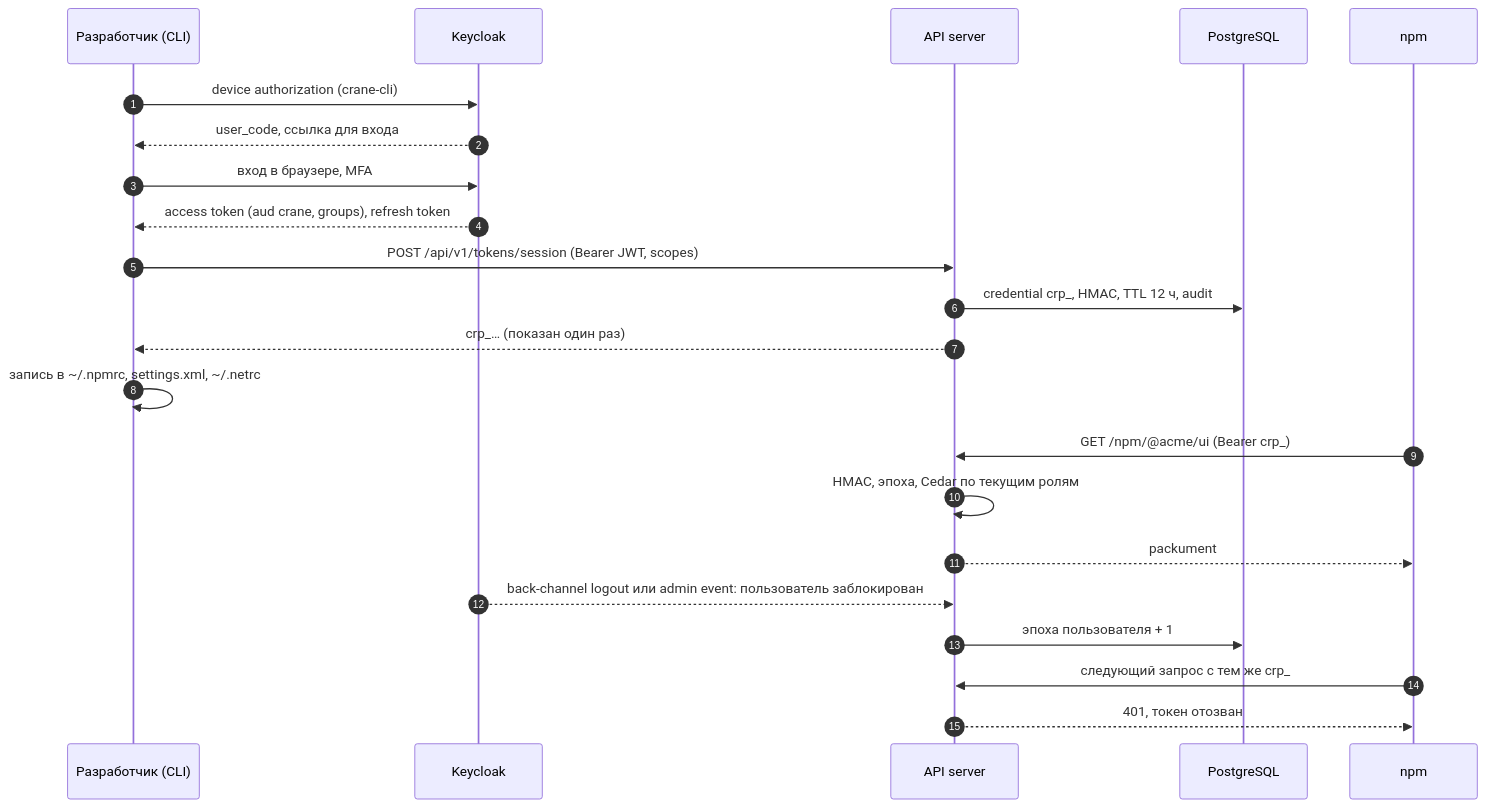
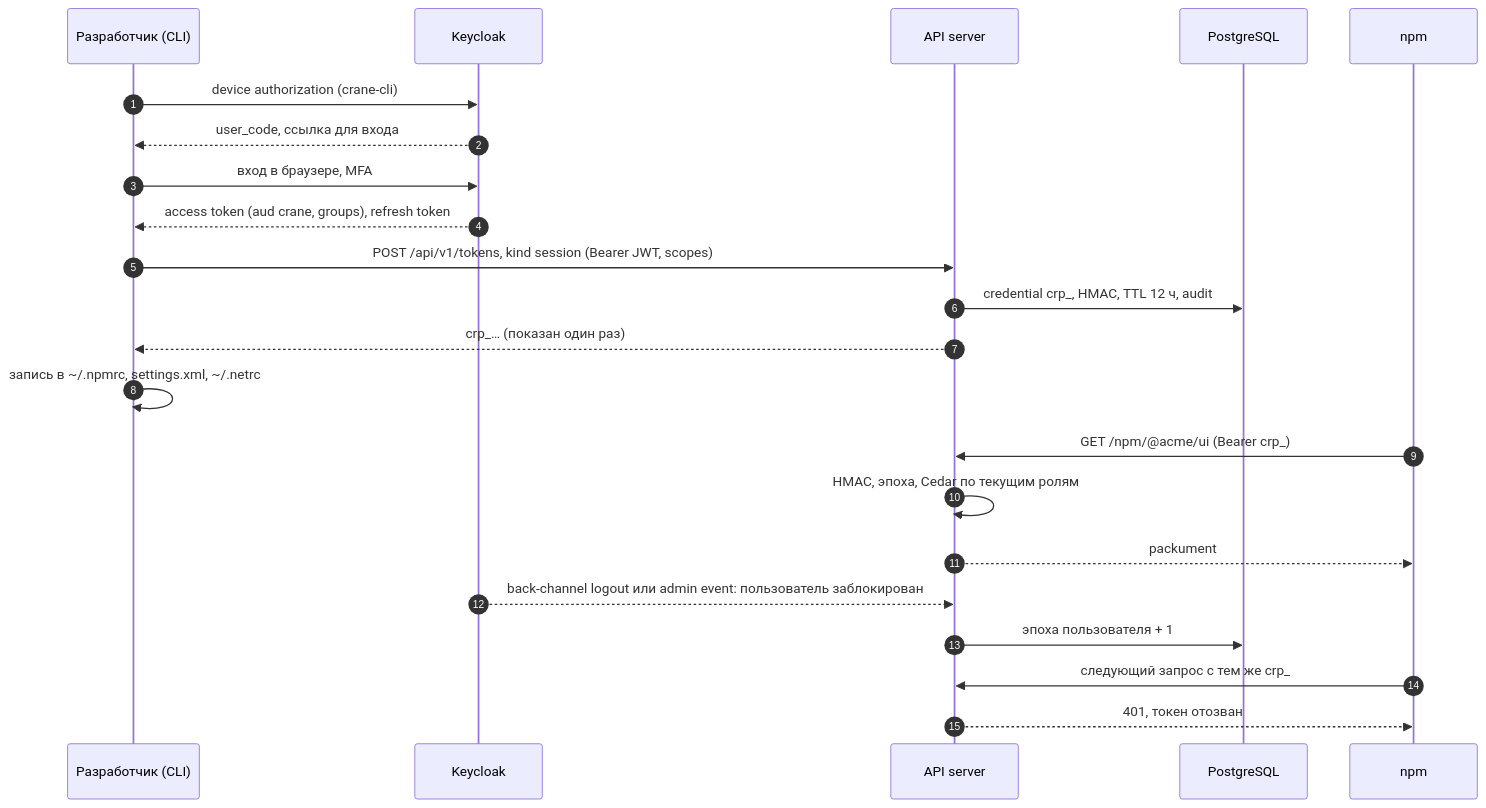
One commit to izevg/CRANE changed the seventh of 7 diagrams in docs/product/12-sequence-diagrams.md. Above: the diagram before and after it, drawn with Mermaid. The commit also changed other lines of this file and 21 other files, not shown here.

````diff
--- a/docs/product/12-sequence-diagrams.md
+++ b/docs/product/12-sequence-diagrams.md
@@ -159,24 +159,24 @@
 ```mermaid
 sequenceDiagram
   autonumber
   participant D as Разработчик (CLI)
   participant K as Keycloak
   participant A as API server
   participant P as PostgreSQL
   participant N as npm
   D->>K: device authorization (crane-cli)
   K-->>D: user_code, ссылка для входа
   D->>K: вход в браузере, MFA
   K-->>D: access token (aud crane, groups), refresh token
-  D->>A: POST /api/v1/tokens/session (Bearer JWT, scopes)
+  D->>A: POST /api/v1/tokens, kind session (Bearer JWT, scopes)
   A->>P: credential crp_, HMAC, TTL 12 ч, audit
   A-->>D: crp_… (показан один раз)
   D->>D: запись в ~/.npmrc, settings.xml, ~/.netrc
   N->>A: GET /npm/@acme/ui (Bearer crp_)
   A->>A: HMAC, эпоха, Cedar по текущим ролям
   A-->>N: packument
   K-->>A: back-channel logout или admin event: пользователь заблокирован
   A->>P: эпоха пользователя + 1
   N->>A: следующий запрос с тем же crp_
   A-->>N: 401, токен отозван
 ```
````
